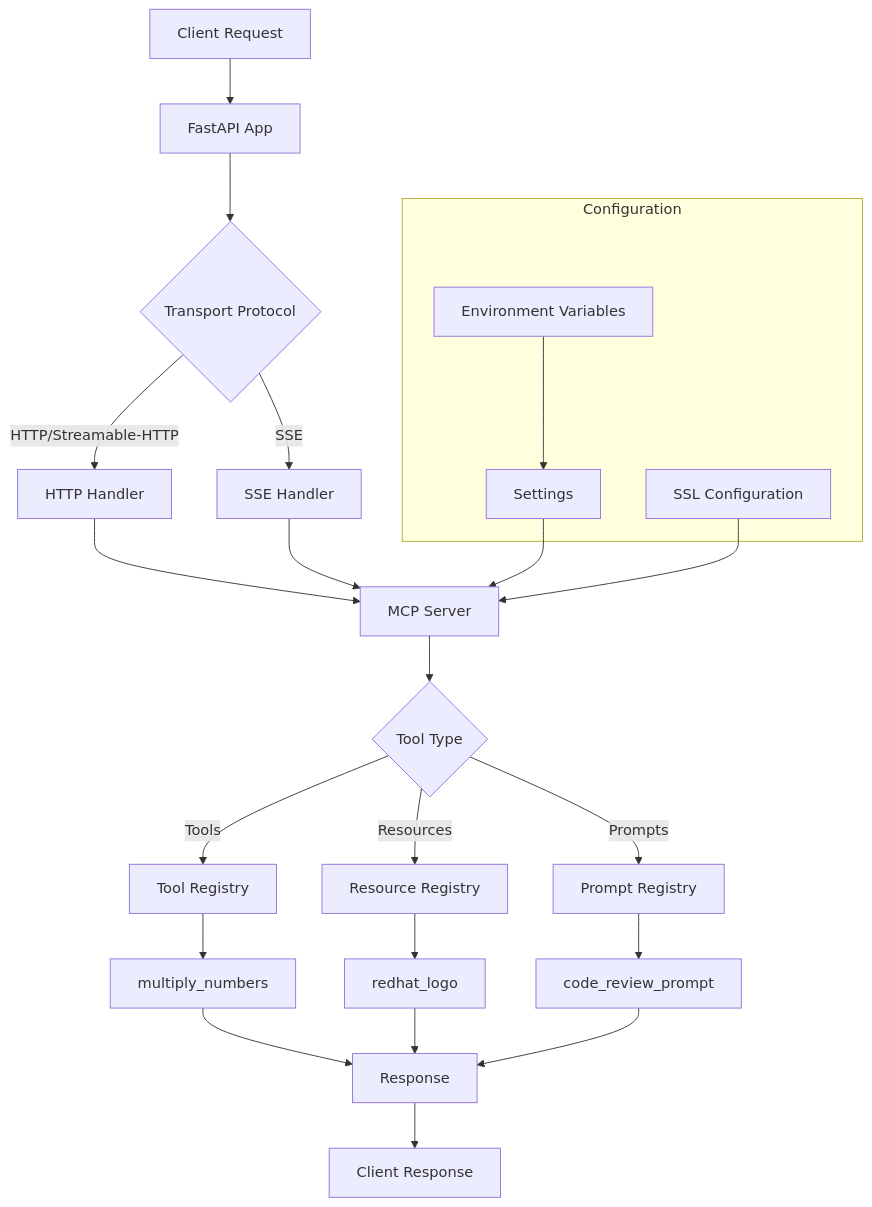
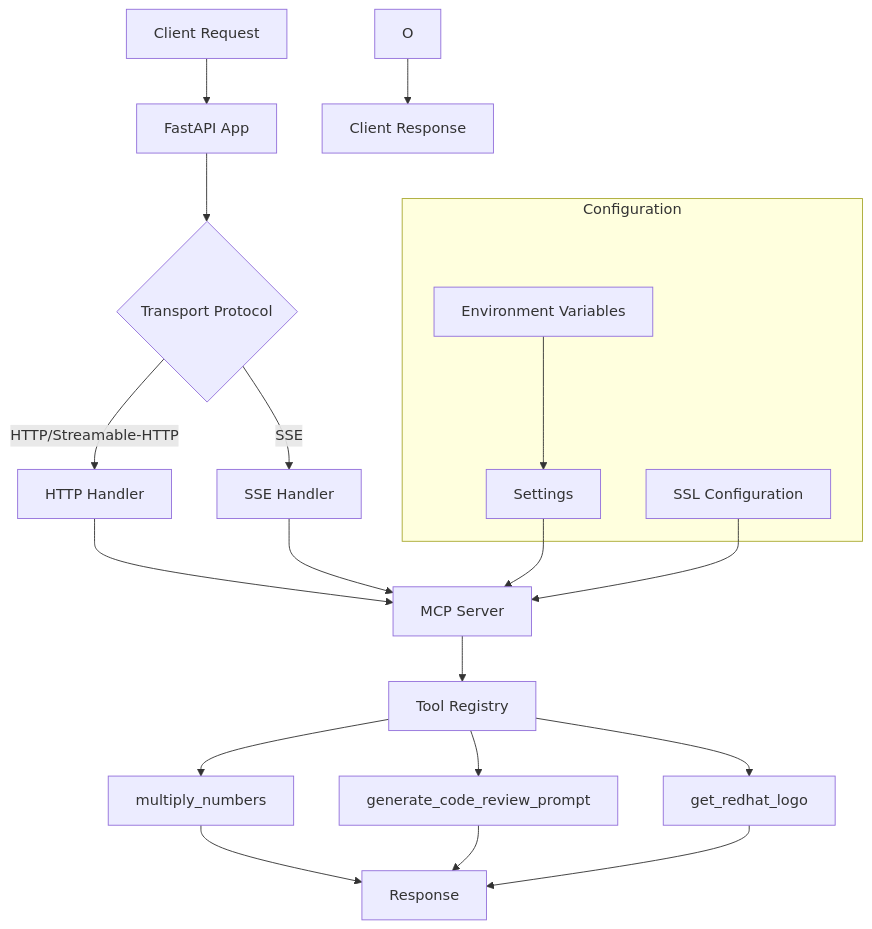
Before and after one commit to gangwgr/workshop-mcp-server: the diagram in README.md, drawn with Mermaid. The commit also changed other lines of this file and 21 other files, not shown here.

Commit message:
FEAT: Implement tools-first architecture with comprehensive documentation

````diff
--- a/README.md
+++ b/README.md
@@ -24,35 +23,32 @@
 ```mermaid
 graph TD
     A[Client Request] --> B[FastAPI App]
     B --> C{Transport Protocol}
     C -->|HTTP/Streamable-HTTP| D[HTTP Handler]
     C -->|SSE| E[SSE Handler]
 
     D --> G[MCP Server]
     E --> G
 
-    G --> H{Tool Type}
-    H -->|Tools| I[Tool Registry]
-    H -->|Resources| J[Resource Registry]
-    H -->|Prompts| K[Prompt Registry]
+    G --> H[Tool Registry]
 
-    I --> L[multiply_numbers]
-    J --> M[redhat_logo]
-    K --> N[code_review_prompt]
+    H --> I[multiply_numbers]
+    H --> J[generate_code_review_prompt]
+    H --> K[get_redhat_logo]
 
-    L --> O[Response]
-    M --> O
-    N --> O
+    I --> L[Response]
+    J --> L
+    K --> L
 
     O --> P[Client Response]
 
     subgraph "Configuration"
         Q[Settings]
         R[Environment Variables]
         S[SSL Configuration]
     end
 
     Q --> G
     R --> Q
     S --> G
 ```
````
